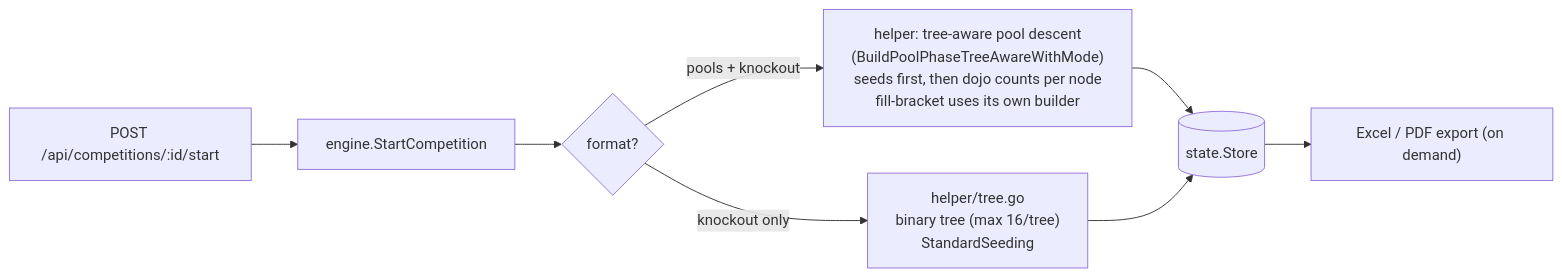
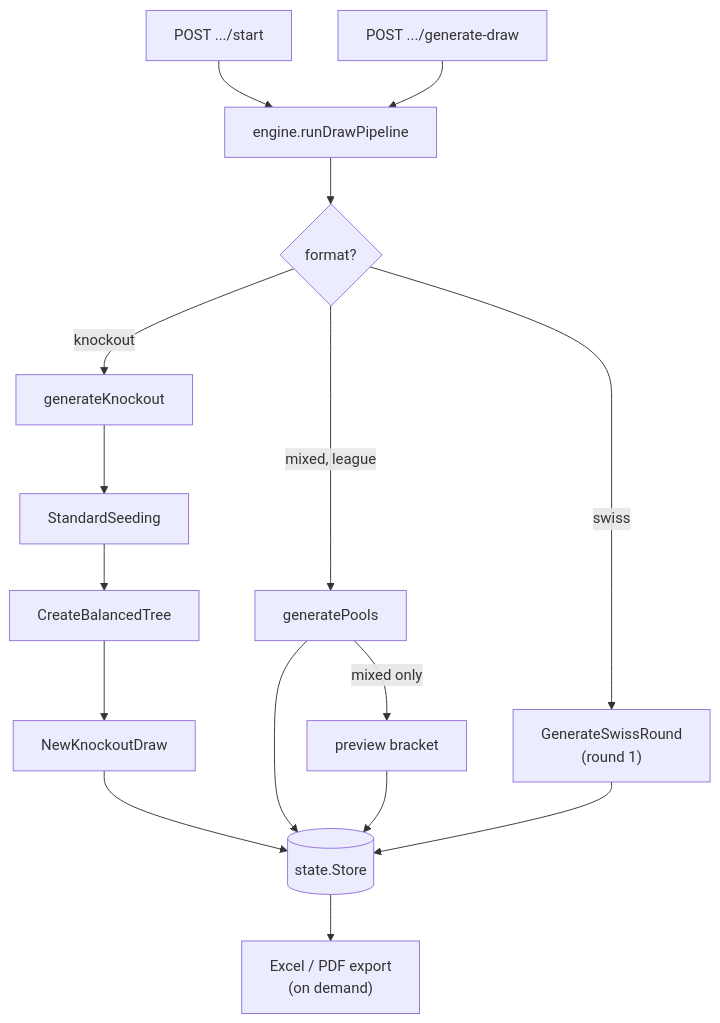
Before and after one commit to gitrgoliveira/bracket-creator: the seventh of 8 diagrams in docs/architecture/software-architecture.md, drawn with Mermaid. The commit also changed other lines of this file and 49 other files, not shown here.

First line of the commit message:
fix(bc-arch): one transaction for participant edits; WAL stale-log guard; architecture docs

````diff
--- a/docs/architecture/software-architecture.md
+++ b/docs/architecture/software-architecture.md
@@ -207,10 +332,21 @@
 ```mermaid
-flowchart LR
-    start["POST /api/competitions/:id/start"] --> eng["engine.StartCompetition"]
-    eng --> mode{"format?"}
-    mode -->|pools + knockout| pools["helper: tree-aware pool descent<br/>(BuildPoolPhaseTreeAwareWithMode)<br/>seeds first, then dojo counts per node<br/>fill-bracket uses its own builder"]
-    mode -->|knockout only| tree["helper/tree.go<br/>binary tree (max 16/tree)<br/>StandardSeeding"]
-    pools --> store[("state.Store")]
-    tree --> store
-    store --> excelOpt["Excel / PDF export (on demand)"]
+flowchart TB
+    start["POST .../start"]
+    gen["POST .../generate-draw"]
+    pipe["engine.runDrawPipeline"]
+    start --> pipe
+    gen --> pipe
+    pipe --> mode{"format?"}
+    mode -->|knockout| ko["generateKnockout"]
+    mode -->|"mixed, league"| pools["generatePools"]
+    mode -->|swiss| swiss["GenerateSwissRound<br/>(round 1)"]
+    ko --> seed["StandardSeeding"]
+    seed --> tree["CreateBalancedTree"]
+    tree --> draw["NewKnockoutDraw"]
+    pools -->|mixed only| preview["preview bracket"]
+    draw --> store[("state.Store")]
+    pools --> store
+    preview --> store
+    swiss --> store
+    store --> out["Excel / PDF export<br/>(on demand)"]
 ```
````
